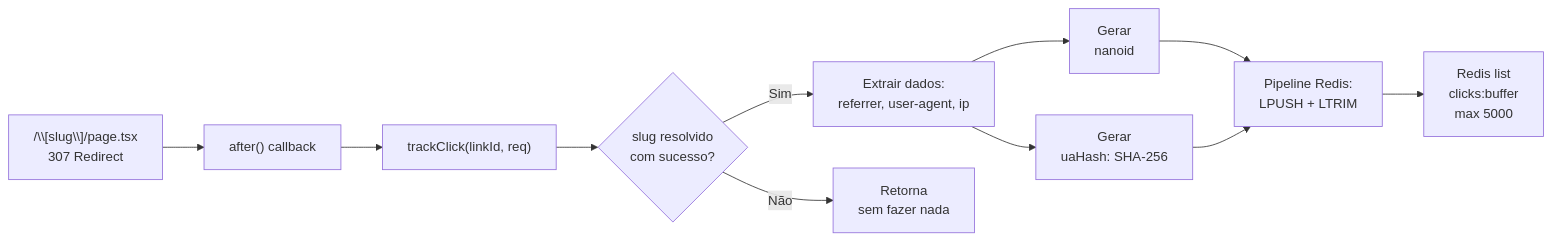
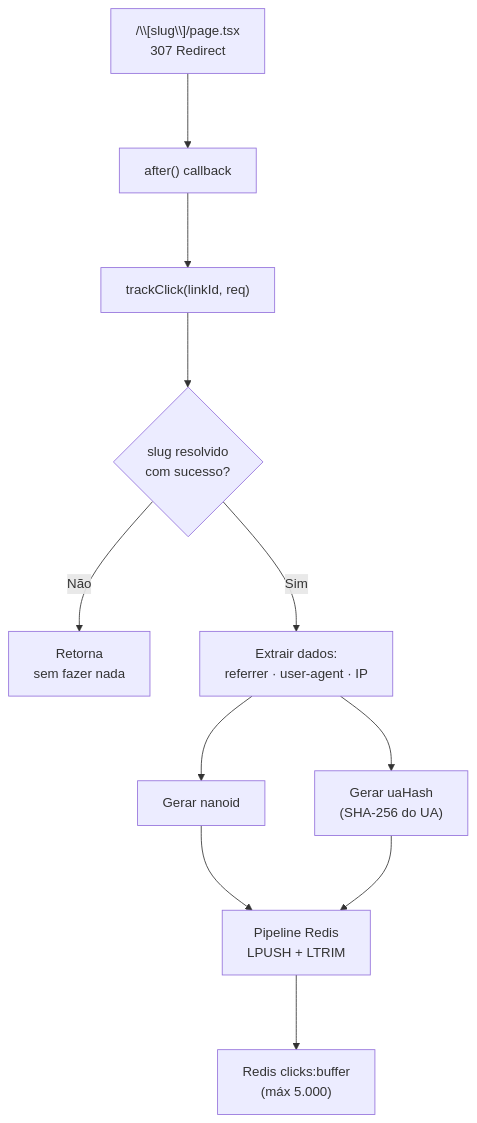
Before and after one commit to eduardoaugustolb/encurtador-url: the fifth of 5 diagrams in docs/fluxo-de-dados.md, drawn with Mermaid. The commit also changed other lines of this file and 3 other files, not shown here.

Commit message:
docs: reorganize mermaid diagrams with spacing, autonumber, and color-coded phases

````diff
--- a/docs/fluxo-de-dados.md
+++ b/docs/fluxo-de-dados.md
@@ -176,13 +220,19 @@
 ```mermaid
-flowchart LR
+%%{init: {'flowchart': {'nodeSpacing': 60, 'rankSpacing': 90}}}%%
+flowchart TB
     A["/\\[slug\\]/page.tsx<br/>307 Redirect"] --> B["after() callback"]
     B --> C["trackClick(linkId, req)"]
+
     C --> D{"slug resolvido<br/>com sucesso?"}
-    D -->|Sim| E["Extrair dados:<br/>referrer, user-agent, ip"]
+
     D -->|Não| F["Retorna<br/>sem fazer nada"]
-    E --> G["Gerar<br/>nanoid"]
-    E --> H["Gerar<br/>uaHash: SHA-256"]
-    G --> I["Pipeline Redis:<br/>LPUSH + LTRIM"]
+    D -->|Sim| E["Extrair dados:<br/>referrer · user-agent · IP"]
+
+    E --> G["Gerar nanoid"]
+    E --> H["Gerar uaHash<br/>(SHA-256 do UA)"]
+
+    G --> I["Pipeline Redis<br/>LPUSH + LTRIM"]
     H --> I
-    I --> J["Redis list<br/>clicks:buffer<br/>max 5000"]
+
+    I --> J["Redis clicks:buffer<br/>(máx 5.000)"]
 ```
````
